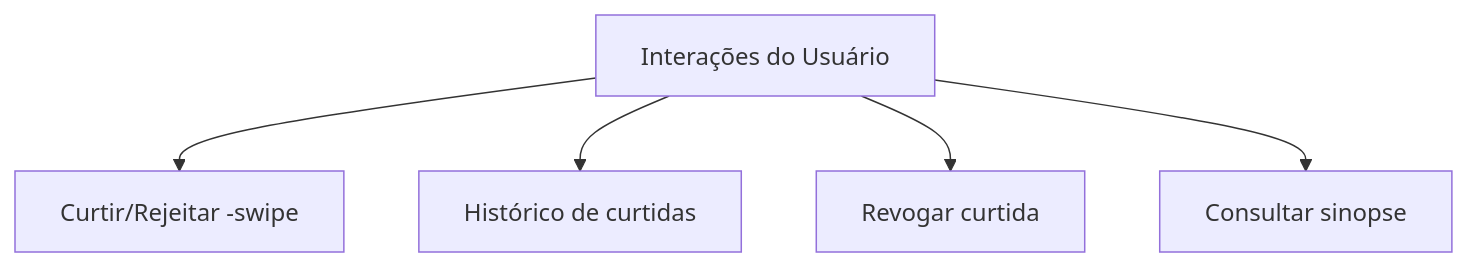
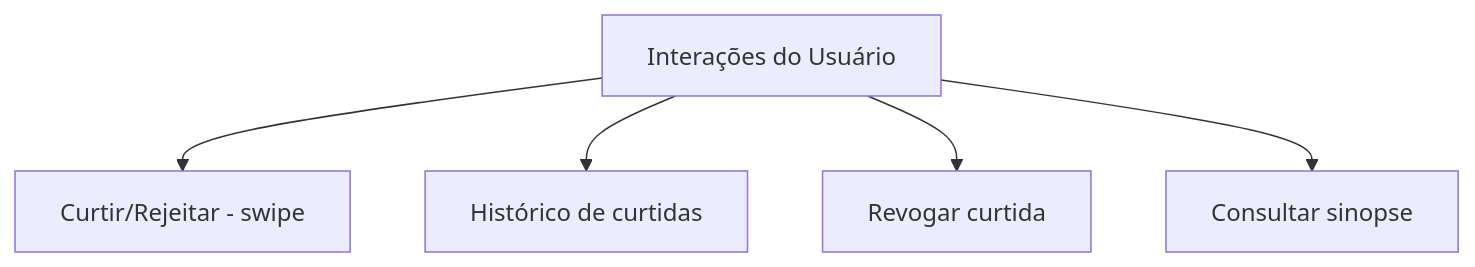
One commit to Reelstack/reelstack changed the fourth of 7 diagrams in REQUISITO_SOFTWARE.md. Above: the diagram before and after it, drawn with Mermaid.

````diff
--- a/REQUISITO_SOFTWARE.md
+++ b/REQUISITO_SOFTWARE.md
@@ -108,8 +108,8 @@
 ```mermaid
 graph TD
    D[Interações do Usuário]
-   D --> D1[Curtir/Rejeitar -swipe]
+   D --> D1[Curtir/Rejeitar - swipe]
    D --> D2[Histórico de curtidas]
    D --> D3[Revogar curtida]
    D --> D4[Consultar sinopse]
 ```
````
